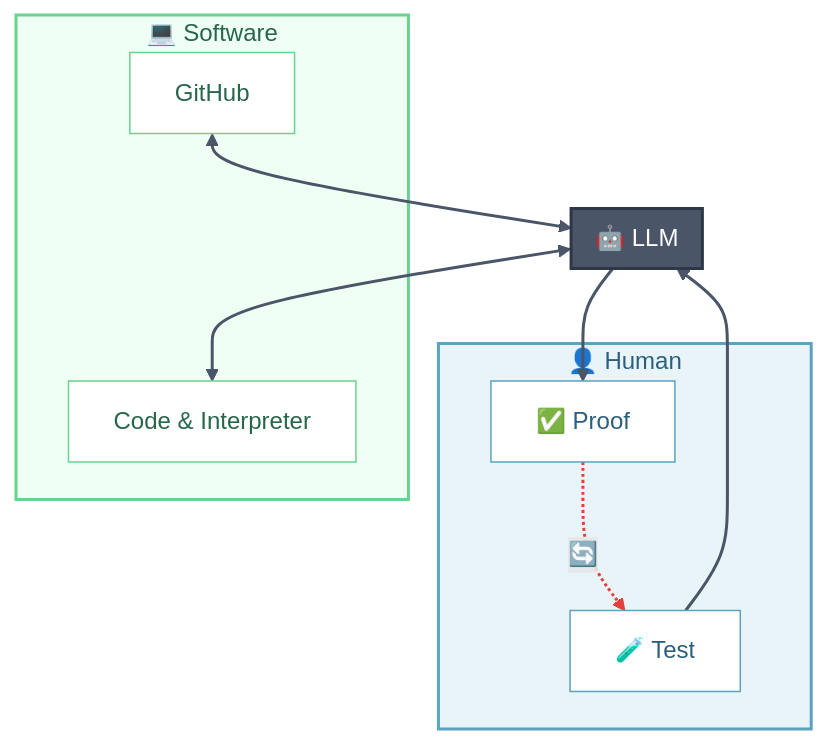
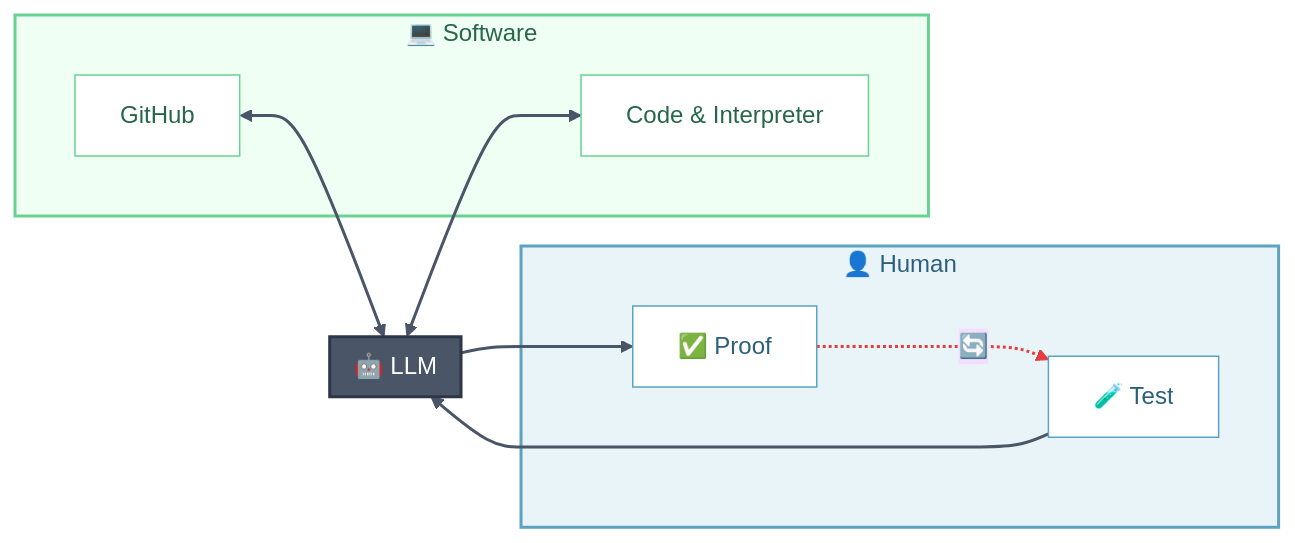
The diagram in coding/coding-flow.md (CodingThrust/PromptEngineeringForScience), drawn with Mermaid before and after one commit. The commit also changed other lines of this file, not shown here.

````diff
--- a/coding/coding-flow.md
+++ b/coding/coding-flow.md
@@ -5,33 +5,46 @@
 ```mermaid
-flowchart TB
+%%{init: {'theme': 'base', 'flowchart': { 'nodeSpacing': 20, 'rankSpacing': 40 }}}%%
+flowchart LR
     subgraph Human["👤 Human"]
-        T[🧪 Test]
-        PR[✅ Proof]
+        subgraph H1[ ]
+            T[🧪 Test]
+        end
+        subgraph H2[ ]
+            PR[✅ Proof]
+        end
     end
 
     subgraph AI["🤖 LLM"]
     end
 
     subgraph Soft["💻 Software"]
-        C[Code & Interpreter]
-        GH[GitHub]
+        subgraph S1[ ]
+            C[Code & Interpreter]
+        end
+        subgraph S2[ ]
+            GH[GitHub]
+        end
     end
 
     T --> AI
     AI <--> C
     GH <--> AI
     AI --> PR
     PR -.->|🔄| T
 
     style Human fill:#e8f4f8,stroke:#5ba3c0,stroke-width:2px,color:#2c5f7c
     style AI fill:#4a5568,stroke:#2d3748,stroke-width:2px,color:#fff
     style Soft fill:#f0fff4,stroke:#68d391,stroke-width:2px,color:#276749
+    style H1 fill:none,stroke:none
+    style H2 fill:none,stroke:none
+    style S1 fill:none,stroke:none
+    style S2 fill:none,stroke:none
     
     style T fill:#fff,stroke:#5ba3c0,color:#2c5f7c
     style PR fill:#fff,stroke:#5ba3c0,color:#2c5f7c
     style C fill:#fff,stroke:#68d391,color:#276749
     style GH fill:#fff,stroke:#68d391,color:#276749
     
     linkStyle 0,1,2,3 stroke:#4a5568,stroke-width:2px
     linkStyle 4 stroke:#e53e3e,stroke-width:2px
 ```
````
